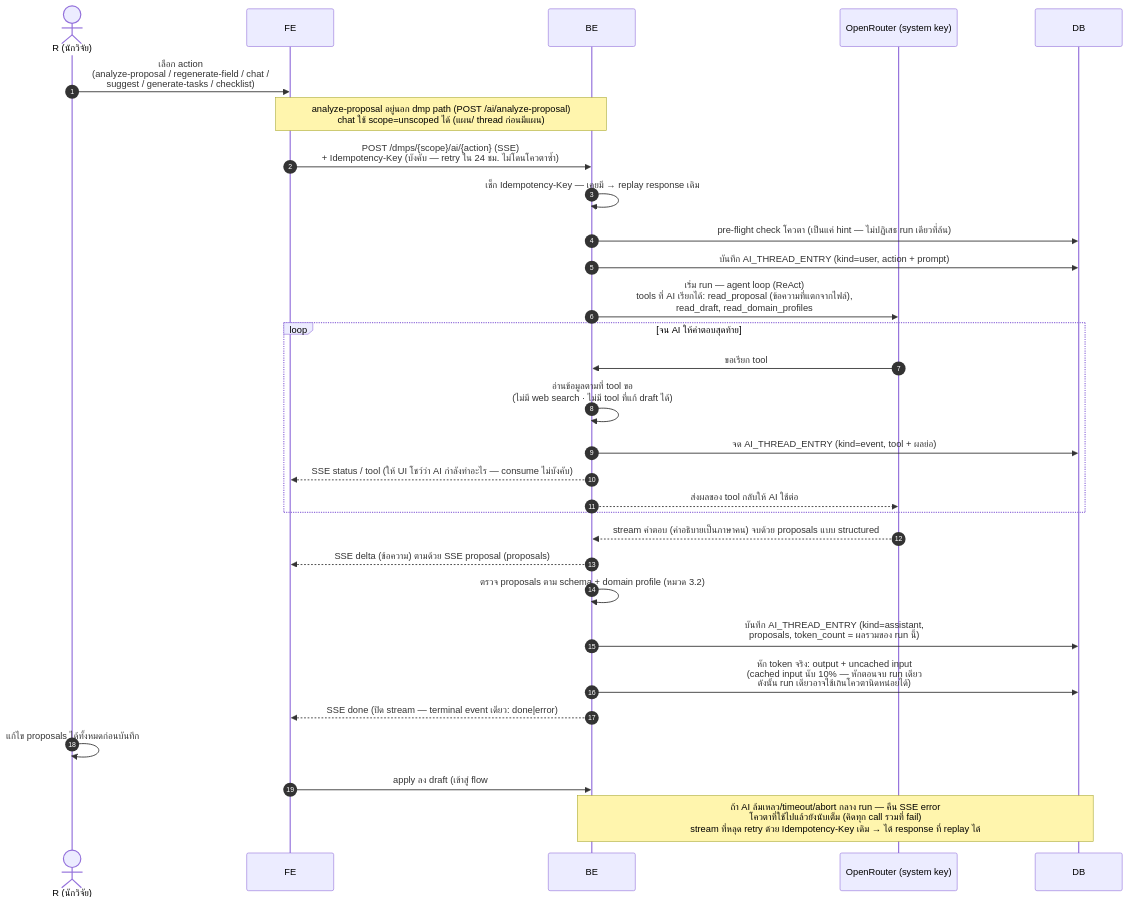
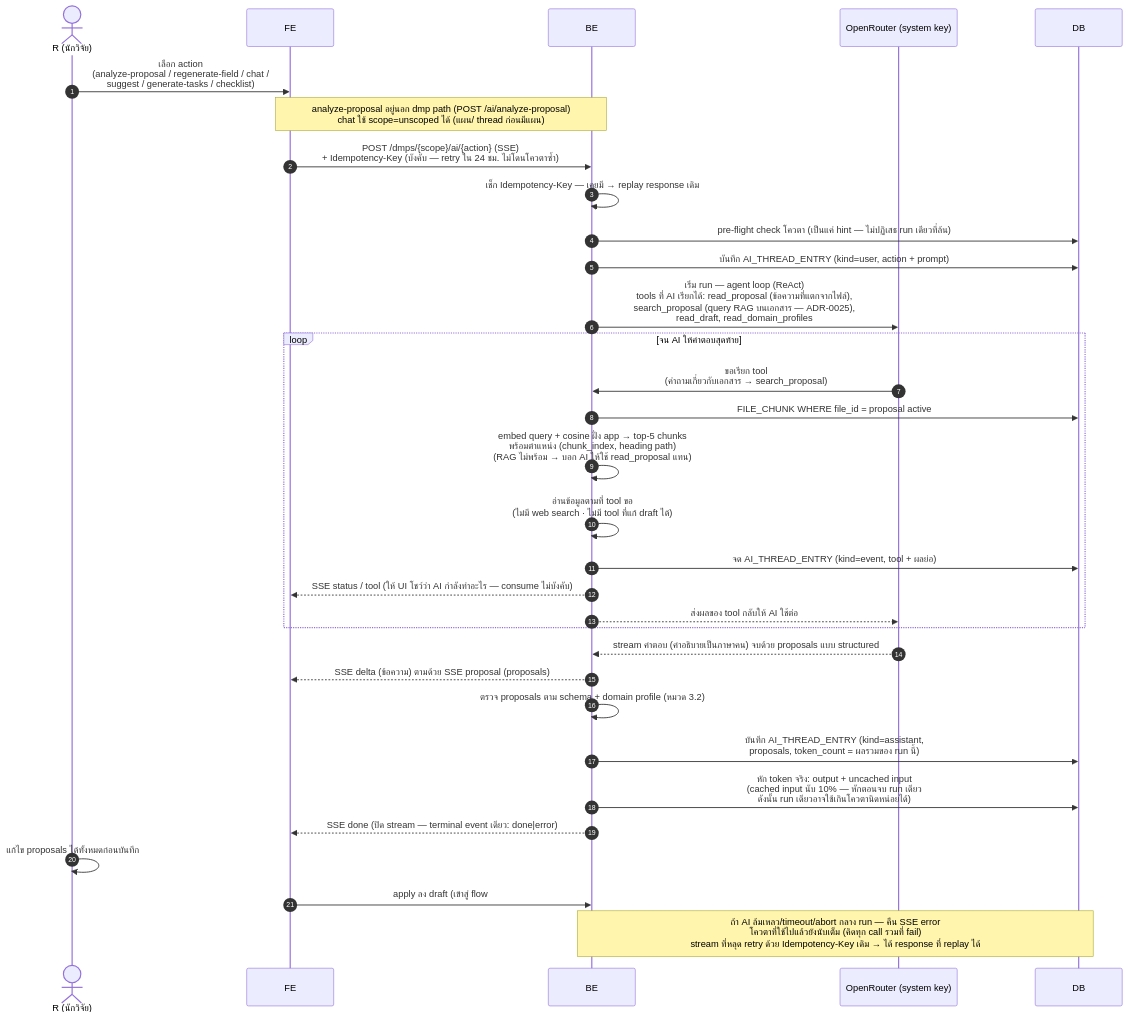
The third of 18 diagrams in docs/architecture/sequence-diagrams.md (Open-Science-and-Data-management/Backend), drawn with Mermaid before and after one commit. The commit also changed other lines of this file and 5 other files, not shown here.

````diff
--- a/docs/architecture/sequence-diagrams.md
+++ b/docs/architecture/sequence-diagrams.md
@@ -151,33 +152,35 @@
 ```mermaid
 sequenceDiagram
     autonumber
     actor R as R (นักวิจัย)
     participant FE as FE
     participant BE as BE
     participant AI as OpenRouter (system key)
     participant DB as DB
 
     R->>FE: เลือก action<br/>(analyze-proposal / regenerate-field / chat /<br/>suggest / generate-tasks / checklist)
     Note over FE,BE: analyze-proposal อยู่นอก dmp path (POST /ai/analyze-proposal)<br/>chat ใช้ scope=unscoped ได้ (แผน/ thread ก่อนมีแผน)
     FE->>BE: POST /dmps/{scope}/ai/{action} (SSE)<br/>+ Idempotency-Key (บังคับ — retry ใน 24 ชม. ไม่โดนโควตาซ้ำ)
     BE->>BE: เช็ก Idempotency-Key — เคยมี → replay response เดิม
     BE->>DB: pre-flight check โควตา (เป็นแค่ hint — ไม่ปฏิเสธ run เดียวที่ล้น)
     BE->>DB: บันทึก AI_THREAD_ENTRY (kind=user, action + prompt)
-    BE->>AI: เริ่ม run — agent loop (ReAct)<br/>tools ที่ AI เรียกได้: read_proposal (ข้อความที่แตกจากไฟล์),<br/>read_draft, read_domain_profiles
+    BE->>AI: เริ่ม run — agent loop (ReAct)<br/>tools ที่ AI เรียกได้: read_proposal (ข้อความที่แตกจากไฟล์),<br/>search_proposal (query RAG บนเอกสาร — ADR-0025),<br/>read_draft, read_domain_profiles
     loop จน AI ให้คำตอบสุดท้าย
-        AI->>BE: ขอเรียก tool
+        AI->>BE: ขอเรียก tool<br/>(คำถามเกี่ยวกับเอกสาร → search_proposal)
+        BE->>DB: FILE_CHUNK WHERE file_id = proposal active
+        BE->>BE: embed query + cosine ฝั่ง app → top-5 chunks<br/>พร้อมตำแหน่ง (chunk_index, heading path)<br/>(RAG ไม่พร้อม → บอก AI ให้ใช้ read_proposal แทน)
         BE->>BE: อ่านข้อมูลตามที่ tool ขอ<br/>(ไม่มี web search · ไม่มี tool ที่แก้ draft ได้)
         BE->>DB: จด AI_THREAD_ENTRY (kind=event, tool + ผลย่อ)
         BE-->>FE: SSE status / tool (ให้ UI โชว์ว่า AI กำลังทำอะไร — consume ไม่บังคับ)
         BE-->>AI: ส่งผลของ tool กลับให้ AI ใช้ต่อ
     end
     AI-->>BE: stream คำตอบ (คำอธิบายเป็นภาษาคน) จบด้วย proposals แบบ structured
     BE-->>FE: SSE delta (ข้อความ) ตามด้วย SSE proposal (proposals)
     BE->>BE: ตรวจ proposals ตาม schema + domain profile (หมวด 3.2)
     BE->>DB: บันทึก AI_THREAD_ENTRY (kind=assistant,<br/>proposals, token_count = ผลรวมของ run นี้)
     BE->>DB: หัก token จริง: output + uncached input<br/>(cached input นับ 10% — หักตอนจบ run เดียว<br/>ดังนั้น run เดียวอาจใช้เกินโควตานิดหน่อยได้)
     BE-->>FE: SSE done (ปิด stream — terminal event เดียว: done|error)
     R->>R: แก้ไข proposals ได้ทั้งหมดก่อนบันทึก
     FE->>BE: apply ลง draft (เข้าสู่ flow #4)
     Note over BE,DB: ถ้า AI ล้มเหลว/timeout/abort กลาง run — คืน SSE error<br/>โควตาที่ใช้ไปแล้วยังนับเต็ม (คิดทุก call รวมที่ fail)<br/>stream ที่หลุด retry ด้วย Idempotency-Key เดิม → ได้ response ที่ replay ได้
 ```
````
